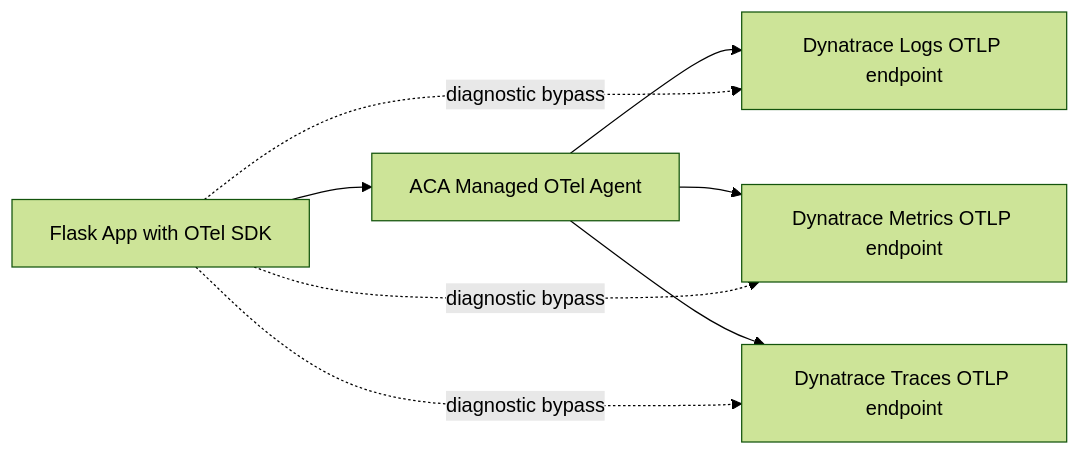
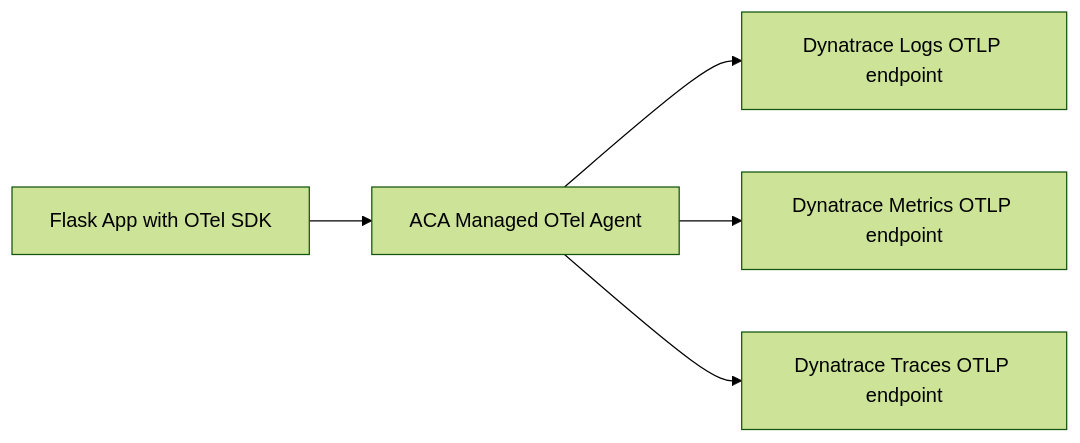
One commit to jeffwmartinez/aca-otel-dynatrace-sample changed the diagram in docs/architecture.md. Above: the diagram before and after it, drawn with Mermaid (forest theme). The commit also changed 1 other file, not shown here.

Commit message:
Simplify architecture diagrams to managed path only

````diff
--- a/docs/architecture.md
+++ b/docs/architecture.md
@@ -16,11 +16,7 @@
 ```mermaid
 flowchart LR
     A[Flask App with OTel SDK] --> B[ACA Managed OTel Agent]
     B --> C[Dynatrace Logs OTLP endpoint]
     B --> D[Dynatrace Metrics OTLP endpoint]
     B --> E[Dynatrace Traces OTLP endpoint]
-
-    A -. diagnostic bypass .-> C
-    A -. diagnostic bypass .-> D
-    A -. diagnostic bypass .-> E
 ```
````
